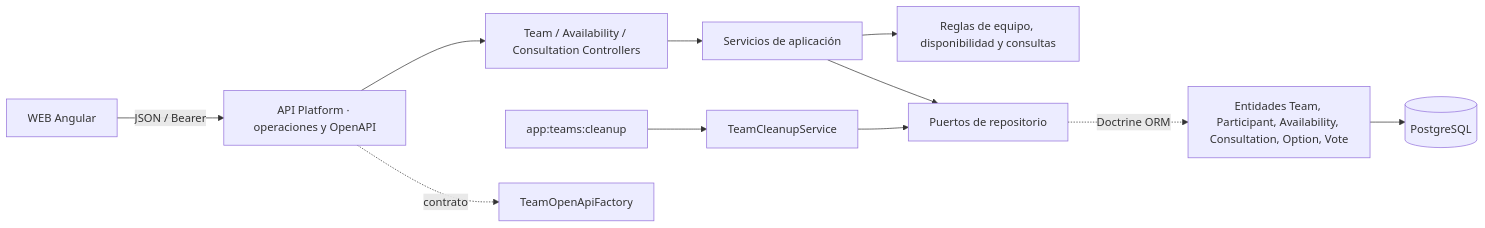
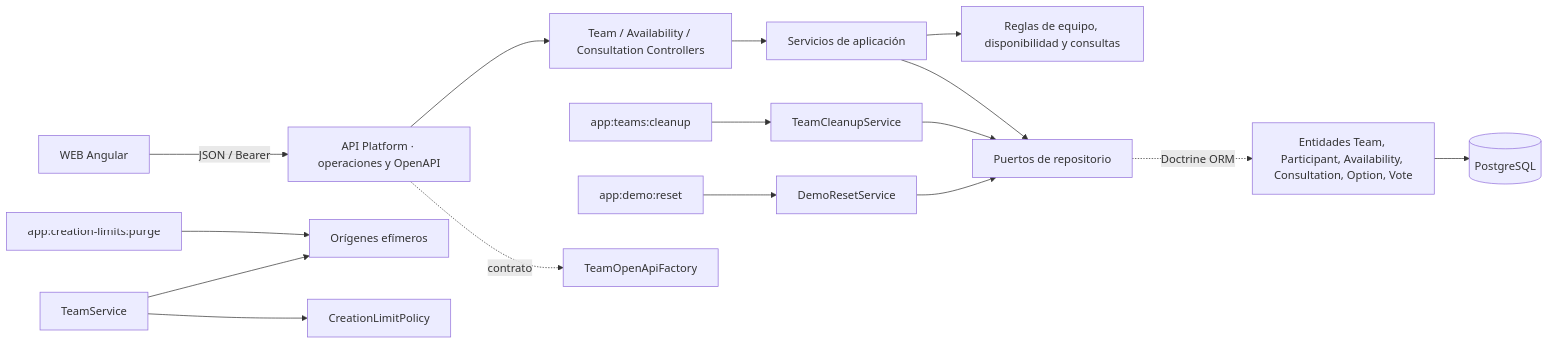
Before and after one commit to franciscoferrandez/SynqoApp: the first of 2 diagrams in doc/architecture/api.md, drawn with Mermaid. The commit also changed other lines of this file and 44 other files, not shown here.

Commit message:
feat(api): añadir reset demo y límites de creación

````diff
--- a/doc/architecture/api.md
+++ b/doc/architecture/api.md
@@ -5,13 +5,18 @@
 ```mermaid
 flowchart LR
     Web[WEB Angular] -->|JSON / Bearer| Operations[API Platform · operaciones y OpenAPI]
     Operations --> Controllers[Team / Availability / Consultation Controllers]
     Controllers --> Services[Servicios de aplicación]
     Services --> Rules[Reglas de equipo, disponibilidad y consultas]
     Services --> Ports[Puertos de repositorio]
     Ports -. Doctrine ORM .-> Records[Entidades Team, Participant, Availability, Consultation, Option, Vote]
     Records --> DB[(PostgreSQL)]
     Command[app:teams:cleanup] --> Cleanup[TeamCleanupService]
     Cleanup --> Ports
+    DemoCommand[app:demo:reset] --> DemoReset[DemoResetService]
+    DemoReset --> Ports
+    CreationCommand[app:creation-limits:purge] --> OriginEvents[Orígenes efímeros]
+    TeamService --> CreationPolicy[CreationLimitPolicy]
+    TeamService --> OriginEvents
     Operations -. contrato .-> OpenAPI[TeamOpenApiFactory]
 ```
````
